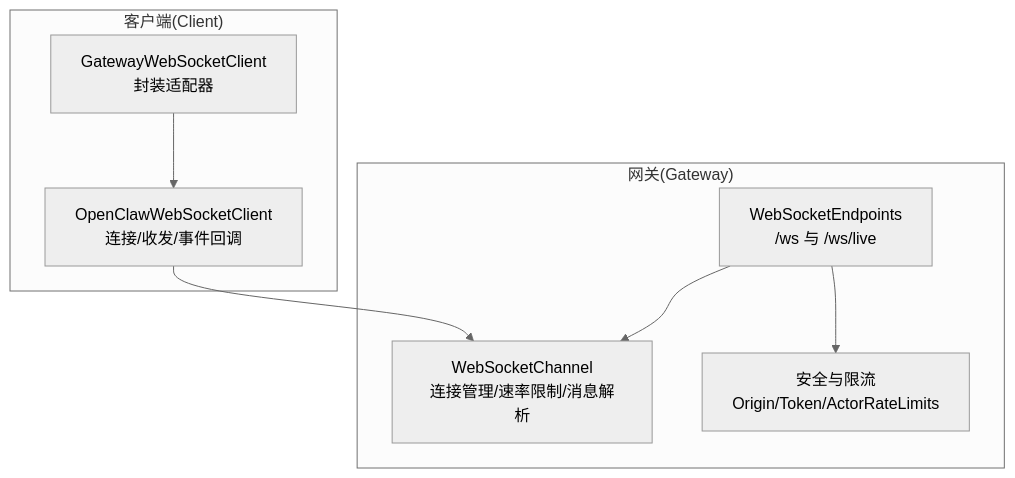
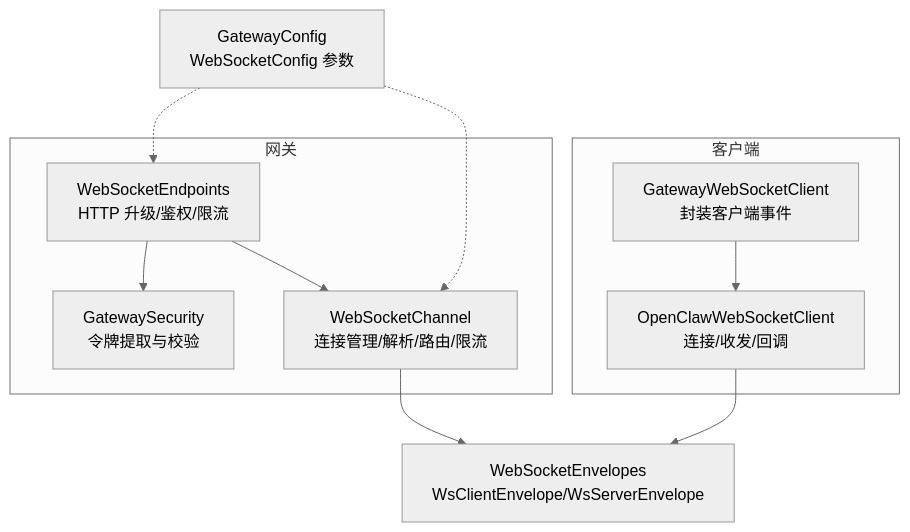
Before and after one commit to wayyet/kingcrab: the first of 4 diagrams in .qoder/repowiki/zh/content/API 参考/WebSocket API.md, drawn with Mermaid (neutral theme). The commit also changed other lines of this file and 173 other files, not shown here.

````diff
--- a/.qoder/repowiki/zh/content/API 参考/WebSocket API.md
+++ b/.qoder/repowiki/zh/content/API 参考/WebSocket API.md
@@ -45,16 +42,21 @@
 ```mermaid
 graph TB
-subgraph "网关(Gateway)"
-EP["WebSocketEndpoints<br/>/ws 与 /ws/live"]
-CH["WebSocketChannel<br/>连接管理/速率限制/消息解析"]
-SEC["安全与限流<br/>Origin/Token/ActorRateLimits"]
+subgraph "网关"
+EP["WebSocketEndpoints<br/>HTTP 升级/鉴权/限流"]
+SEC["GatewaySecurity<br/>令牌提取与校验"]
+CH["WebSocketChannel<br/>连接管理/解析/路由/限流"]
 end
-subgraph "客户端(Client)"
-C["OpenClawWebSocketClient<br/>连接/收发/事件回调"]
-GW["GatewayWebSocketClient<br/>封装适配器"]
+subgraph "客户端"
+GWCLI["GatewayWebSocketClient<br/>封装客户端事件"]
+CLI["OpenClawWebSocketClient<br/>连接/收发/回调"]
 end
+CFG["GatewayConfig<br/>WebSocketConfig 参数"]
+MODELS["WebSocketEnvelopes<br/>WsClientEnvelope/WsServerEnvelope"]
 EP --> CH
 EP --> SEC
-C --> CH
-GW --> C
+CH --> MODELS
+CLI --> MODELS
+GWCLI --> CLI
+CFG -.-> EP
+CFG -.-> CH
 ```
````
